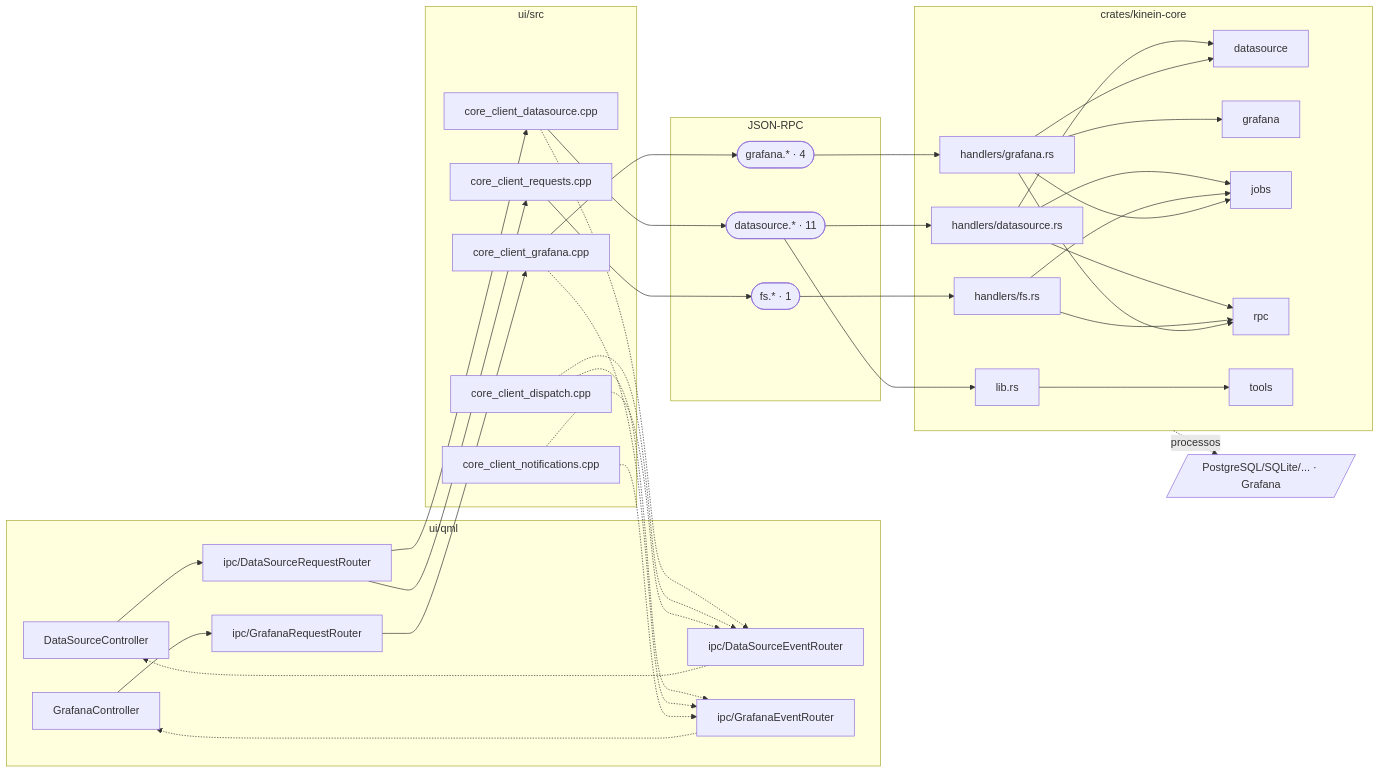
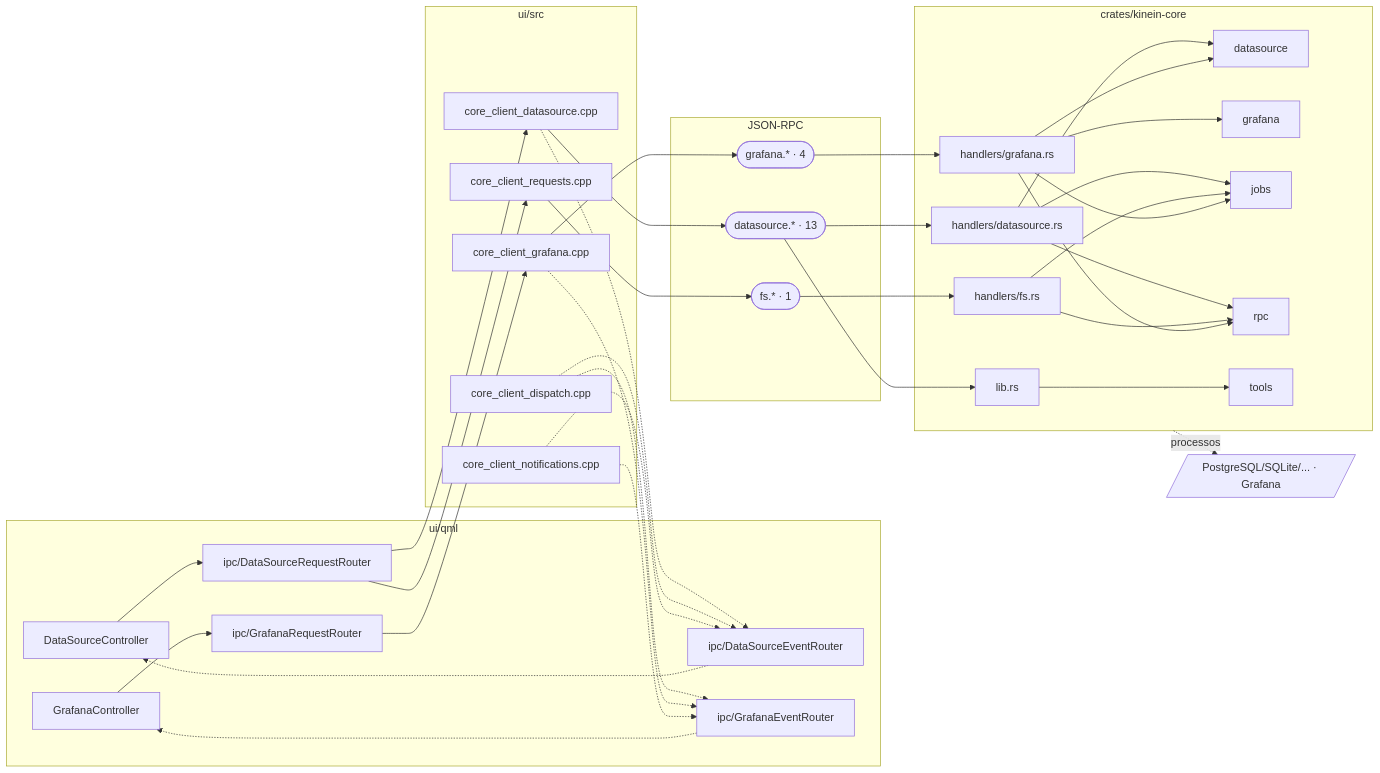
Diagram 13 of 16 in DocsPublic/arquitetura/01-mapa-de-modulos.md (ViktorWalde/KineinVectis), drawn with Mermaid before and after one commit. The commit also changed other lines of this file and 108 other files, not shown here.

````diff
--- a/DocsPublic/arquitetura/01-mapa-de-modulos.md
+++ b/DocsPublic/arquitetura/01-mapa-de-modulos.md
@@ -1106,66 +1106,66 @@
 ```mermaid
 flowchart LR
   subgraph QML["ui/qml"]
     n_ui_qml_datasource_DataSourceController_qml["DataSourceController"]
     n_ui_qml_grafana_GrafanaController_qml["GrafanaController"]
     n_ui_qml_ipc_DataSourceRequestRouter_qml["ipc/DataSourceRequestRouter"]
     n_ui_qml_ipc_DataSourceEventRouter_qml["ipc/DataSourceEventRouter"]
     n_ui_qml_ipc_GrafanaRequestRouter_qml["ipc/GrafanaRequestRouter"]
     n_ui_qml_ipc_GrafanaEventRouter_qml["ipc/GrafanaEventRouter"]
   end
   subgraph CPP["ui/src"]
     n_ui_src_core_client_datasource_cpp["core_client_datasource.cpp"]
     n_ui_src_core_client_dispatch_cpp["core_client_dispatch.cpp"]
     n_ui_src_core_client_grafana_cpp["core_client_grafana.cpp"]
     n_ui_src_core_client_notifications_cpp["core_client_notifications.cpp"]
     n_ui_src_core_client_requests_cpp["core_client_requests.cpp"]
   end
   subgraph IPC["JSON-RPC"]
-    n_ipc_datasource(["datasource.* · 11"])
+    n_ipc_datasource(["datasource.* · 13"])
     n_ipc_fs(["fs.* · 1"])
     n_ipc_grafana(["grafana.* · 4"])
   end
   subgraph CORE["crates/kinein-core"]
     n_crates_kinein_core_src_handlers_datasource_rs["handlers/datasource.rs"]
     n_crates_kinein_core_src_handlers_fs_rs["handlers/fs.rs"]
     n_crates_kinein_core_src_handlers_grafana_rs["handlers/grafana.rs"]
     n_crates_kinein_core_src_lib_rs["lib.rs"]
     n_core_datasource[datasource]
     n_core_grafana[grafana]
     n_core_jobs[jobs]
     n_core_rpc[rpc]
     n_core_tools[tools]
   end
   n_tools_data[/"PostgreSQL/SQLite/... · Grafana"/]
   n_ui_qml_datasource_DataSourceController_qml --> n_ui_qml_ipc_DataSourceRequestRouter_qml
   n_ui_qml_grafana_GrafanaController_qml --> n_ui_qml_ipc_GrafanaRequestRouter_qml
   n_ui_qml_ipc_DataSourceEventRouter_qml -.-> n_ui_qml_datasource_DataSourceController_qml
   n_ui_qml_ipc_DataSourceRequestRouter_qml --> n_ui_src_core_client_datasource_cpp
   n_ui_qml_ipc_DataSourceRequestRouter_qml --> n_ui_src_core_client_requests_cpp
   n_ui_qml_ipc_GrafanaEventRouter_qml -.-> n_ui_qml_grafana_GrafanaController_qml
   n_ui_qml_ipc_GrafanaRequestRouter_qml --> n_ui_src_core_client_grafana_cpp
   n_ui_src_core_client_datasource_cpp --> n_ipc_datasource
   n_ui_src_core_client_datasource_cpp -.-> n_ui_qml_ipc_DataSourceEventRouter_qml
   n_ui_src_core_client_dispatch_cpp -.-> n_ui_qml_ipc_DataSourceEventRouter_qml
   n_ui_src_core_client_dispatch_cpp -.-> n_ui_qml_ipc_GrafanaEventRouter_qml
   n_ui_src_core_client_grafana_cpp --> n_ipc_grafana
   n_ui_src_core_client_grafana_cpp -.-> n_ui_qml_ipc_GrafanaEventRouter_qml
   n_ui_src_core_client_notifications_cpp -.-> n_ui_qml_ipc_DataSourceEventRouter_qml
   n_ui_src_core_client_notifications_cpp -.-> n_ui_qml_ipc_GrafanaEventRouter_qml
   n_ui_src_core_client_requests_cpp --> n_ipc_fs
   n_ipc_datasource --> n_crates_kinein_core_src_handlers_datasource_rs
   n_crates_kinein_core_src_handlers_datasource_rs --> n_core_datasource
   n_crates_kinein_core_src_handlers_datasource_rs --> n_core_jobs
   n_crates_kinein_core_src_handlers_datasource_rs --> n_core_rpc
   n_ipc_fs --> n_crates_kinein_core_src_handlers_fs_rs
   n_crates_kinein_core_src_handlers_fs_rs --> n_core_jobs
   n_crates_kinein_core_src_handlers_fs_rs --> n_core_rpc
   n_ipc_grafana --> n_crates_kinein_core_src_handlers_grafana_rs
   n_crates_kinein_core_src_handlers_grafana_rs --> n_core_datasource
   n_crates_kinein_core_src_handlers_grafana_rs --> n_core_grafana
   n_crates_kinein_core_src_handlers_grafana_rs --> n_core_jobs
   n_crates_kinein_core_src_handlers_grafana_rs --> n_core_rpc
   n_ipc_datasource --> n_crates_kinein_core_src_lib_rs
   n_crates_kinein_core_src_lib_rs --> n_core_tools
   CORE -.->|processos| n_tools_data
 ```
````
